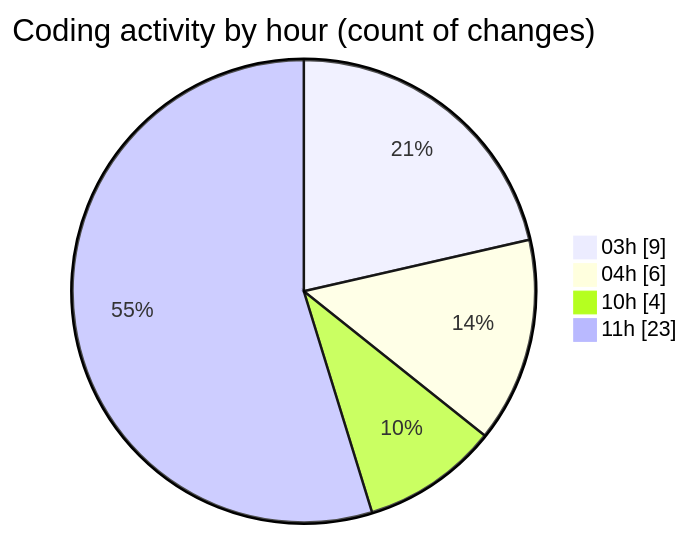
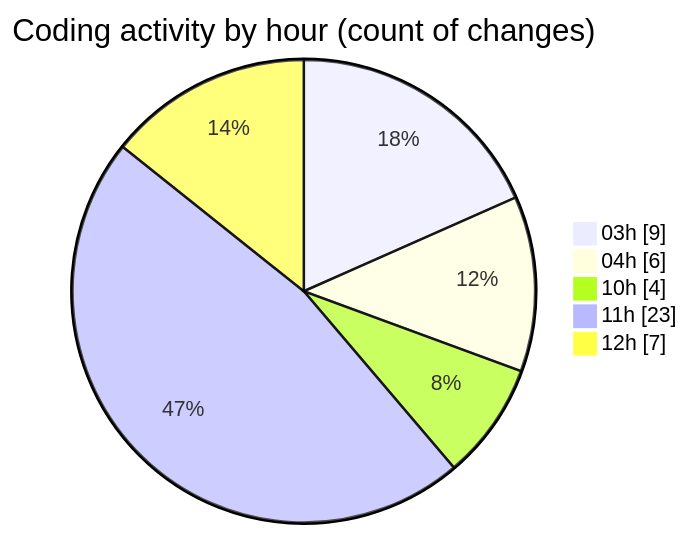
The second of 2 diagrams in 2025-10-30/eventscop-frontend-guide__workspace_/README.md (julien-gomy/code-tracking), drawn with Mermaid before and after one commit. The commit also changed other lines of this file and 1 other file, not shown here.

````diff
--- a/2025-10-30/eventscop-frontend-guide__workspace_/README.md
+++ b/2025-10-30/eventscop-frontend-guide__workspace_/README.md
@@ -40,8 +40,9 @@
 ```mermaid
 pie showData
 title Coding activity by hour (count of changes)
 "03h" : 9
 "04h" : 6
 "10h" : 4
 "11h" : 23
+"12h" : 7
 ```
````
